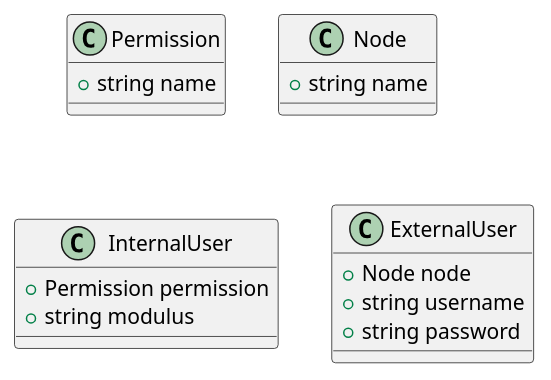
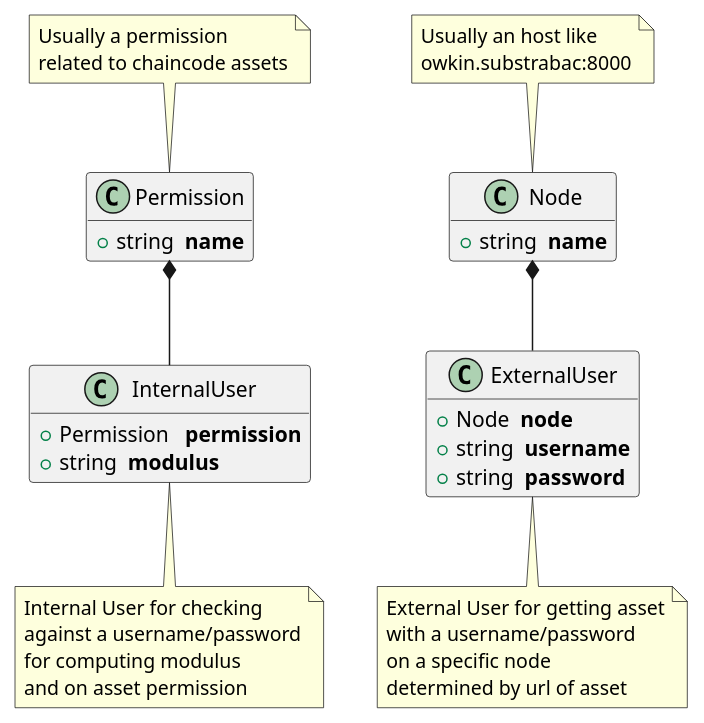
One commit to Substra/hlf-k8s changed the diagram in doc/classes.puml. Above: the diagram before and after it, drawn with PlantUML. The commit also changed 10 other files, not shown here.

```diff
--- a/doc/classes.puml
+++ b/doc/classes.puml
@@ -1,24 +1,53 @@
 @startuml
 
 skinparam shadowing false
 
 class Permission {
-    +string name
+    +string  <b>name</b>
 }
 
 class Node {
-    +string name
+    +string  <b>name</b>
 }
 
 class InternalUser {
-    +Permission permission
-    +string modulus
+    +Permission   <b>permission</b>
+    +string  <b>modulus</b>
 }
 
 class ExternalUser {
-    +Node node
-    +string username
-    +string password
+    +Node  <b>node</b>
+    +string  <b>username</b>
+    +string  <b>password</b>
 }
 
+Node  *-- ExternalUser
+Permission *-- InternalUser
+
+note bottom of InternalUser
+Internal User for checking
+against a username/password
+for computing modulus
+and on asset permission
+end note
+
+note bottom of ExternalUser
+External User for getting asset
+with a username/password
+on a specific node
+determined by url of asset
+end note
+
+note top of Node
+Usually an host like
+owkin.substrabac:8000
+end note
+
+note top of Permission
+Usually a permission
+related to chaincode assets
+end note
+
+hide empty members
+
 @enduml
```
